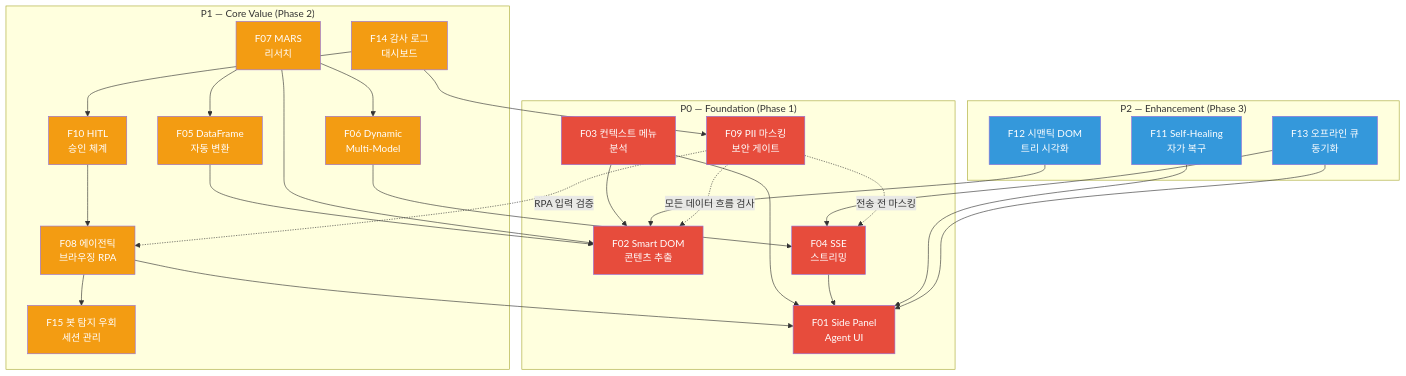
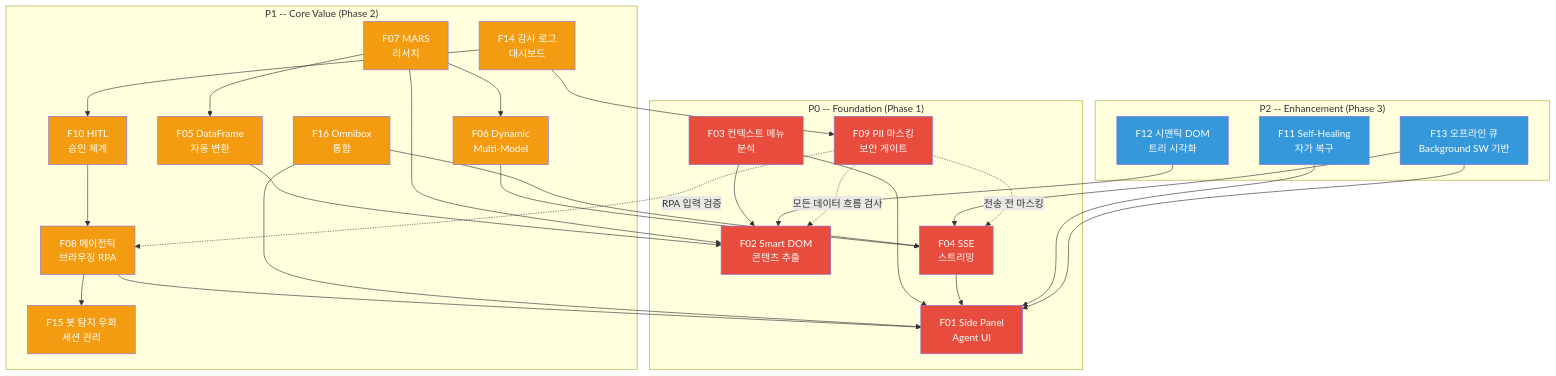
One commit to sgtlim0/sgtlim0.github.io changed the second of 2 diagrams in docs/SERVICE_PLAN_02_FEATURES.md. Above: the diagram before and after it, drawn with Mermaid. The commit also changed other lines of this file, not shown here.

````diff
--- a/docs/SERVICE_PLAN_02_FEATURES.md
+++ b/docs/SERVICE_PLAN_02_FEATURES.md
@@ -650,70 +749,74 @@
 ```mermaid
 flowchart TD
-    subgraph "P0 — Foundation (Phase 1)"
+    subgraph "P0 -- Foundation (Phase 1)"
         F01[F01 Side Panel<br/>Agent UI]
         F02[F02 Smart DOM<br/>콘텐츠 추출]
         F03[F03 컨텍스트 메뉴<br/>분석]
         F04[F04 SSE<br/>스트리밍]
         F09[F09 PII 마스킹<br/>보안 게이트]
     end
 
-    subgraph "P1 — Core Value (Phase 2)"
+    subgraph "P1 -- Core Value (Phase 2)"
         F05[F05 DataFrame<br/>자동 변환]
         F06[F06 Dynamic<br/>Multi-Model]
         F07[F07 MARS<br/>리서치]
         F08[F08 에이전틱<br/>브라우징 RPA]
         F10[F10 HITL<br/>승인 체계]
         F14[F14 감사 로그<br/>대시보드]
         F15[F15 봇 탐지 우회<br/>세션 관리]
+        F16[F16 Omnibox<br/>통합]
     end
 
-    subgraph "P2 — Enhancement (Phase 3)"
+    subgraph "P2 -- Enhancement (Phase 3)"
         F11[F11 Self-Healing<br/>자가 복구]
         F12[F12 시맨틱 DOM<br/>트리 시각화]
-        F13[F13 오프라인 큐<br/>동기화]
+        F13[F13 오프라인 큐<br/>Background SW 기반]
     end
 
     %% P0 내부 의존성
     F03 --> F01
     F03 --> F02
     F04 --> F01
 
-    %% P0 → P1 의존성
+    %% P0 -> P1 의존성
     F05 --> F02
     F06 --> F04
     F07 --> F02
     F07 --> F05
     F07 --> F06
     F08 --> F01
     F08 --> F15
     F10 --> F08
     F14 --> F09
     F14 --> F10
+    F16 --> F01
+    F16 --> F04
 
-    %% P1 → P2 의존성
+    %% P1 -> P2 의존성
     F11 --> F01
     F12 --> F02
     F13 --> F01
     F13 --> F04
 
     %% Cross-cutting 영향
     F09 -.->|모든 데이터 흐름 검사| F02
     F09 -.->|전송 전 마스킹| F04
     F09 -.->|RPA 입력 검증| F08
 
     style F01 fill:#e74c3c,color:#fff
     style F02 fill:#e74c3c,color:#fff
     style F03 fill:#e74c3c,color:#fff
     style F04 fill:#e74c3c,color:#fff
     style F09 fill:#e74c3c,color:#fff
     style F05 fill:#f39c12,color:#fff
     style F06 fill:#f39c12,color:#fff
     style F07 fill:#f39c12,color:#fff
     style F08 fill:#f39c12,color:#fff
     style F10 fill:#f39c12,color:#fff
     style F14 fill:#f39c12,color:#fff
     style F15 fill:#f39c12,color:#fff
+    style F16 fill:#f39c12,color:#fff
     style F11 fill:#3498db,color:#fff
     style F12 fill:#3498db,color:#fff
     style F13 fill:#3498db,color:#fff
 ```
````
